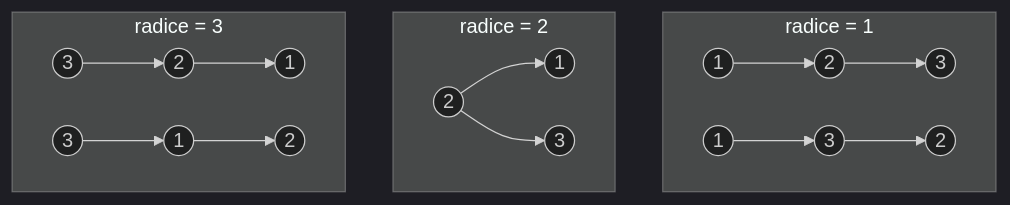
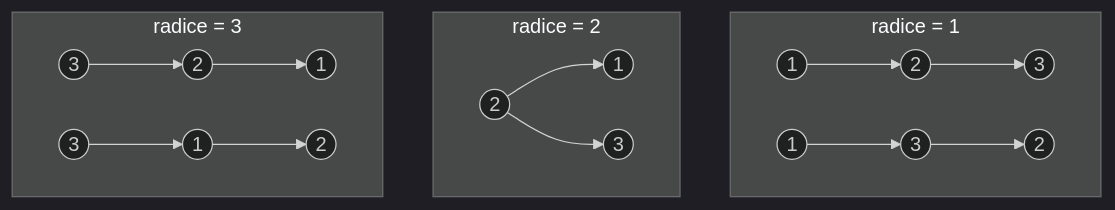
Before and after one commit to matteogiorgi/geonote: the first of 2 diagrams in problema_bst.md, drawn with Mermaid (dark theme).

Commit message:
fix: update mermaid initialization parameters

````diff
--- a/problema_bst.md
+++ b/problema_bst.md
@@ -7,20 +7,20 @@
 ```mermaid
-%%{init: {"flowchart": {"nodeSpacing": 38, "rankSpacing": 40}}}%%
+%%{init: {"flowchart": {"nodeSpacing": 40, "rankSpacing": 50}}}%%
 flowchart TD
     subgraph R1["radice = 1"]
         a1((1)) --> a2((2))
         a2 --> a3((3))
         b1((1)) --> b2((3))
         b2 --> b3((2))
     end
     subgraph R2["radice = 2"]
         c1((2)) --> c2((1))
         c1 --> c3((3))
     end
     subgraph R3["radice = 3"]
         d1((3)) --> d2((2))
         d2 --> d3((1))
         e1((3)) --> e2((1))
         e2 --> e3((2))
     end
 ```
````
